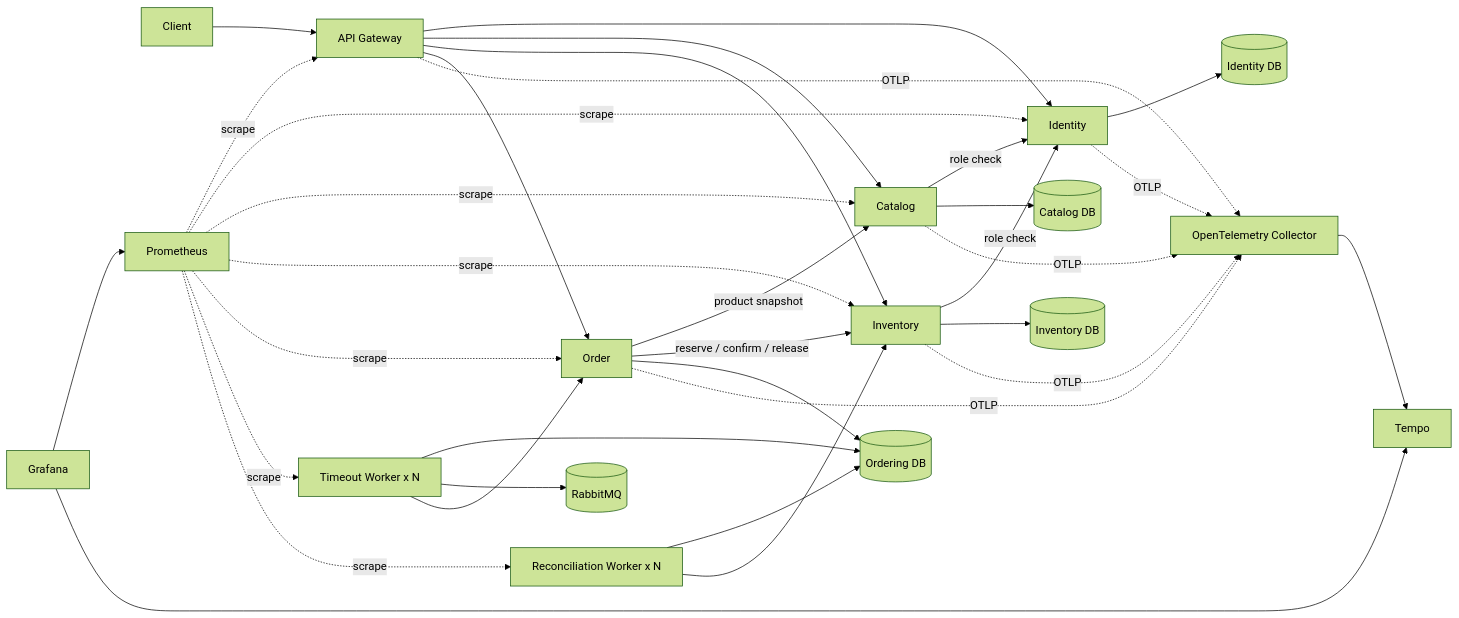
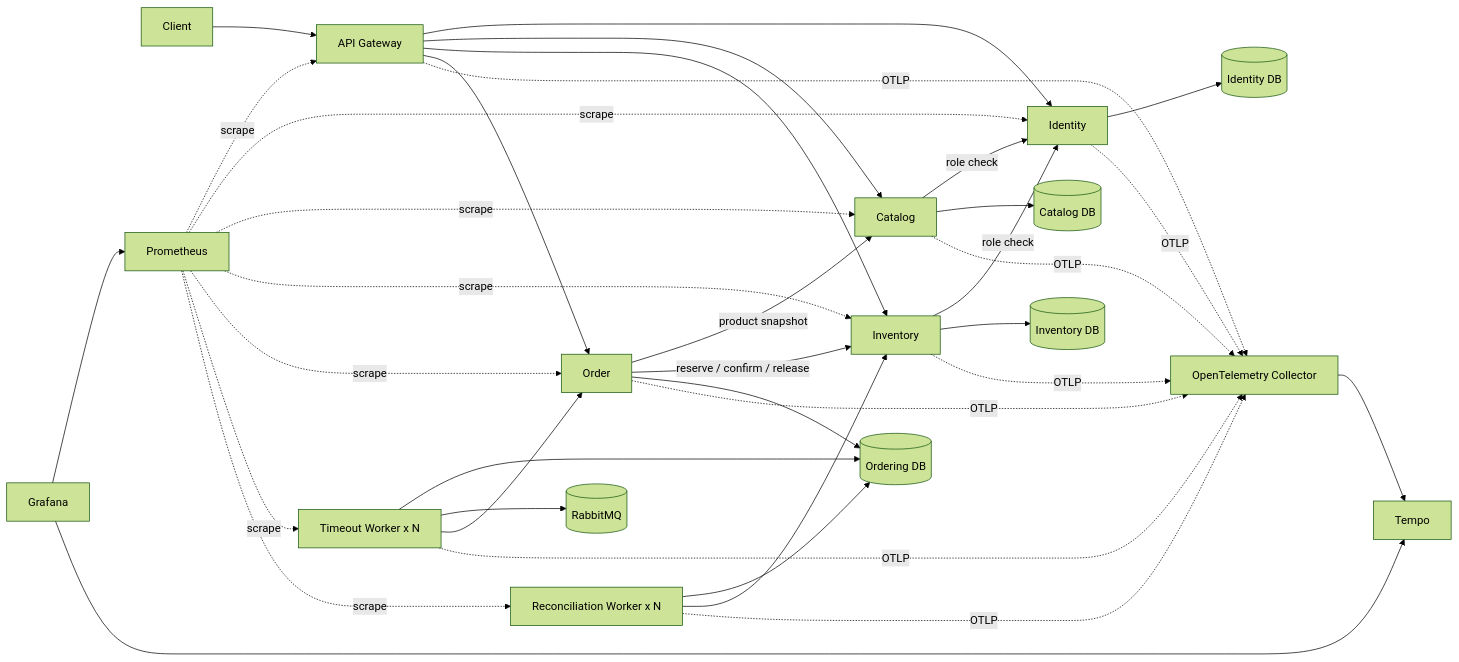
One commit to Yotoha0303/go-order-management-system-cloudnative-lab changed the diagram in README.md. Above: the diagram before and after it, drawn with Mermaid (forest theme).

Commit message:
docs: restore worker telemetry links

````diff
--- a/README.md
+++ b/README.md
@@ -74,42 +74,44 @@
 ```mermaid
 flowchart LR
     Client --> Gateway[API Gateway]
     Gateway --> Identity
     Gateway --> Catalog
     Gateway --> Inventory
     Gateway --> Order
 
     Catalog -->|role check| Identity
     Inventory -->|role check| Identity
     Order -->|product snapshot| Catalog
     Order -->|reserve / confirm / release| Inventory
 
     Identity --> IdentityDB[(Identity DB)]
     Catalog --> CatalogDB[(Catalog DB)]
     Inventory --> InventoryDB[(Inventory DB)]
     Order --> OrderingDB[(Ordering DB)]
 
     TimeoutWorker[Timeout Worker x N] --> OrderingDB
     TimeoutWorker --> RabbitMQ[(RabbitMQ)]
     TimeoutWorker --> Order
 
     ReconcileWorker[Reconciliation Worker x N] --> OrderingDB
     ReconcileWorker --> Inventory
 
     Prometheus -. scrape .-> Gateway
     Prometheus -. scrape .-> Identity
     Prometheus -. scrape .-> Catalog
     Prometheus -. scrape .-> Inventory
     Prometheus -. scrape .-> Order
     Prometheus -. scrape .-> TimeoutWorker
     Prometheus -. scrape .-> ReconcileWorker
     Grafana --> Prometheus
 
     Gateway -. OTLP .-> Collector[OpenTelemetry Collector]
     Identity -. OTLP .-> Collector
     Catalog -. OTLP .-> Collector
     Inventory -. OTLP .-> Collector
     Order -. OTLP .-> Collector
+    TimeoutWorker -. OTLP .-> Collector
+    ReconcileWorker -. OTLP .-> Collector
     Collector --> Tempo
     Grafana --> Tempo
 ```
````
